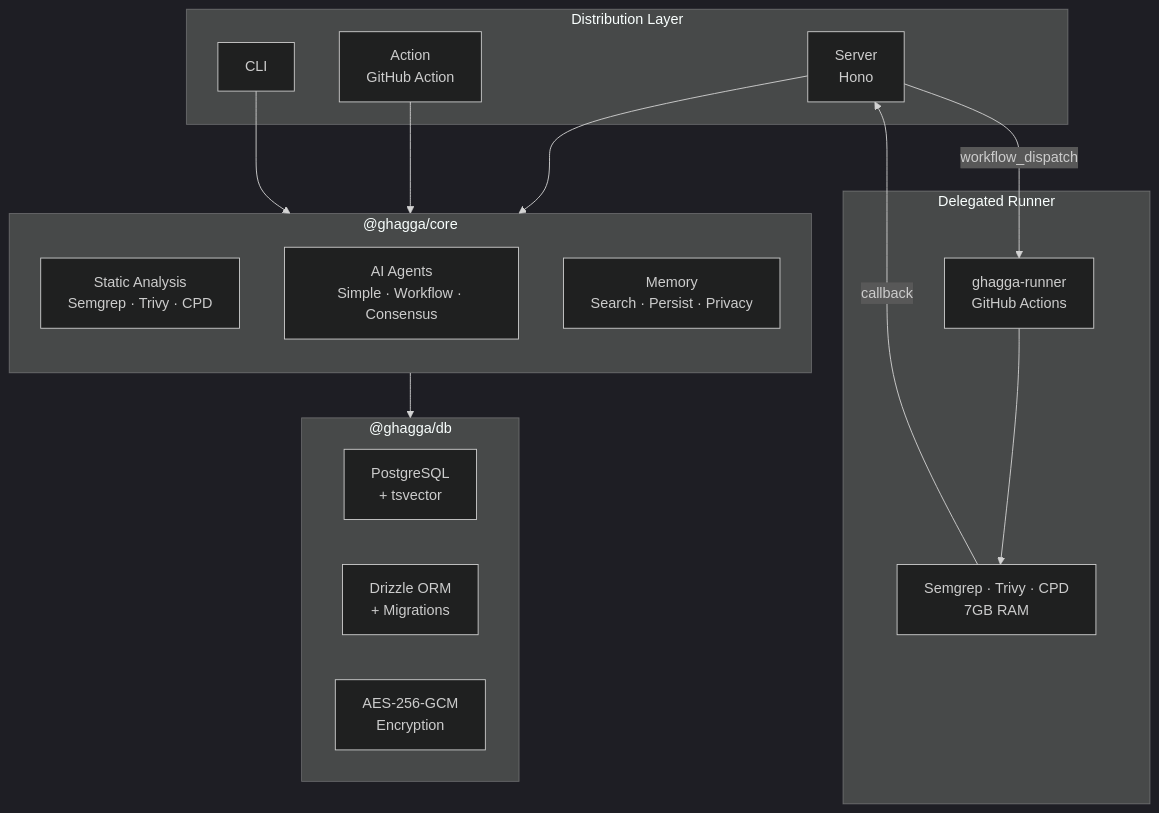
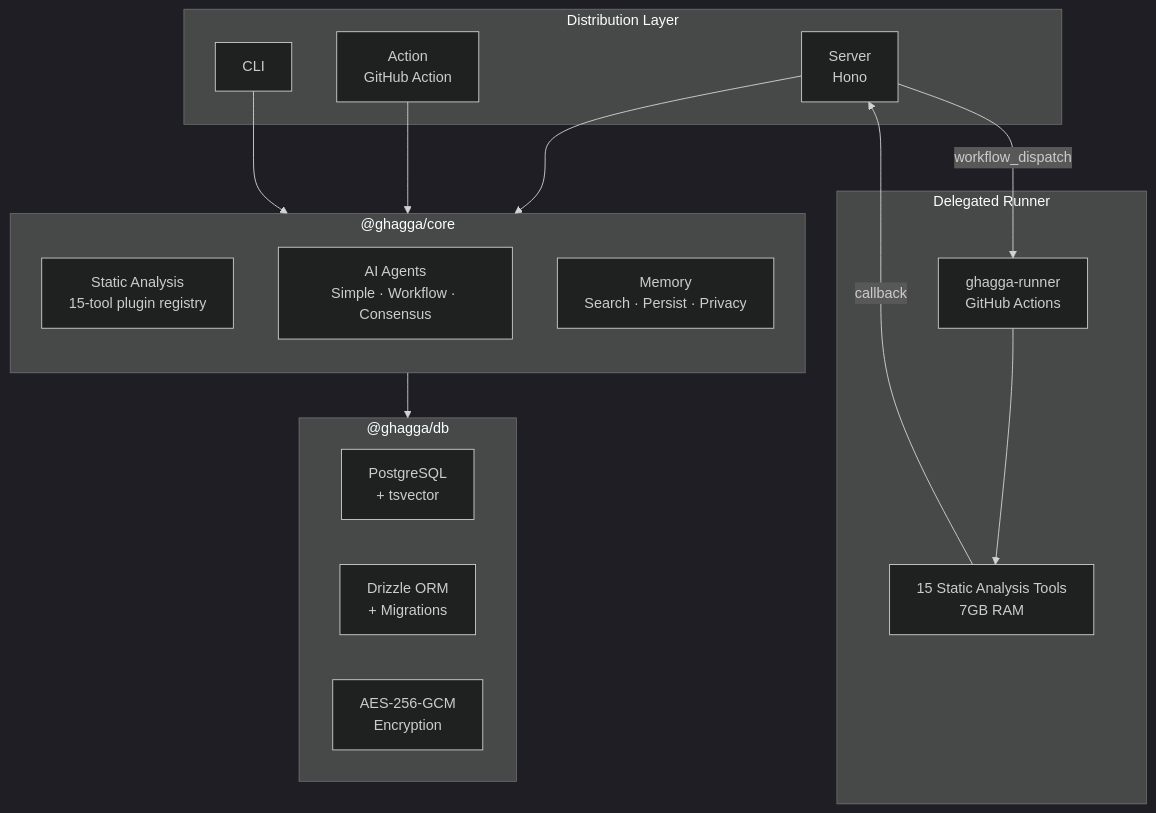
Before and after one commit to actions-marketplace-validations/JNZader_ghagga: the first of 2 diagrams in docs/architecture.md, drawn with Mermaid (dark theme). The commit also changed other lines of this file and 22 other files, not shown here.

````diff
--- a/docs/architecture.md
+++ b/docs/architecture.md
@@ -7,35 +7,35 @@
 ```mermaid
 graph TB
   subgraph Distribution["Distribution Layer"]
     Server["Server<br/>Hono"]
     Action["Action<br/>GitHub Action"]
     CLI["CLI"]
   end
 
   subgraph Runner["Delegated Runner"]
     RunnerRepo["ghagga-runner<br/>GitHub Actions"]
-    RunnerTools["Semgrep · Trivy · CPD<br/>7GB RAM"]
+    RunnerTools["15 Static Analysis Tools<br/>7GB RAM"]
   end
 
   subgraph Core["@ghagga/core"]
     direction TB
-    SA["Static Analysis<br/>Semgrep · Trivy · CPD"]
+    SA["Static Analysis<br/>15-tool plugin registry"]
     Agents["AI Agents<br/>Simple · Workflow · Consensus"]
     Memory["Memory<br/>Search · Persist · Privacy"]
   end
 
   subgraph DB["@ghagga/db"]
     PG["PostgreSQL<br/>+ tsvector"]
     Drizzle["Drizzle ORM<br/>+ Migrations"]
     Crypto["AES-256-GCM<br/>Encryption"]
   end
 
   Server -- "workflow_dispatch" --> RunnerRepo
   RunnerRepo --> RunnerTools
   RunnerTools -- "callback" --> Server
 
   Server --> Core
   Action --> Core
   CLI --> Core
   Core --> DB
 ```
````
